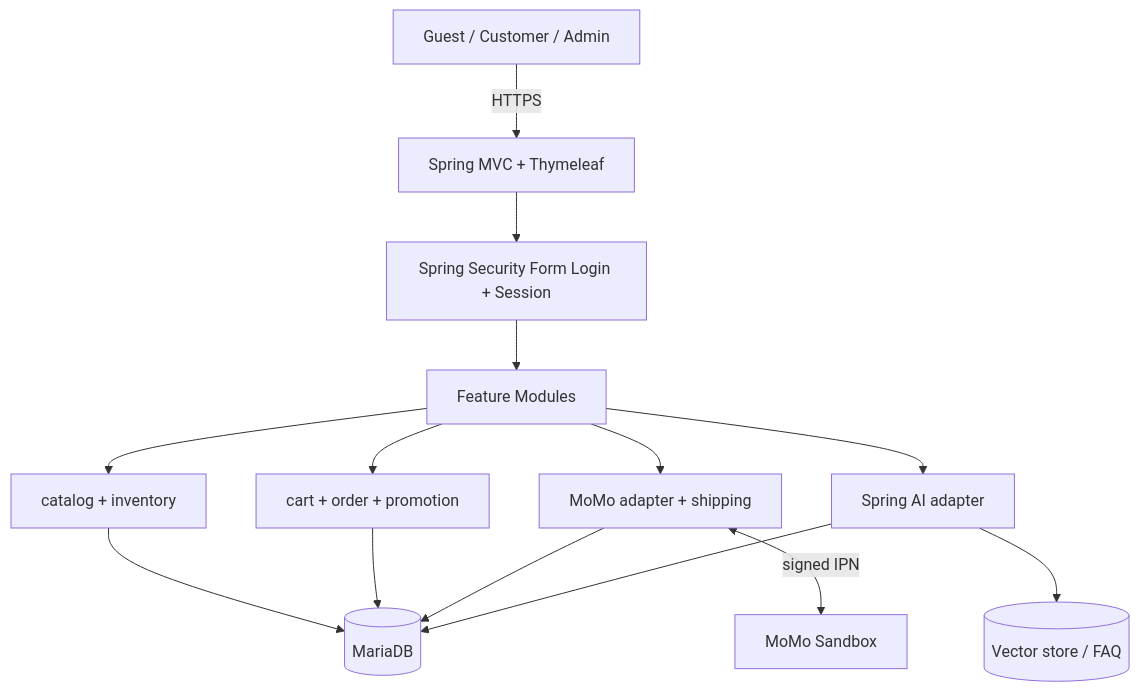
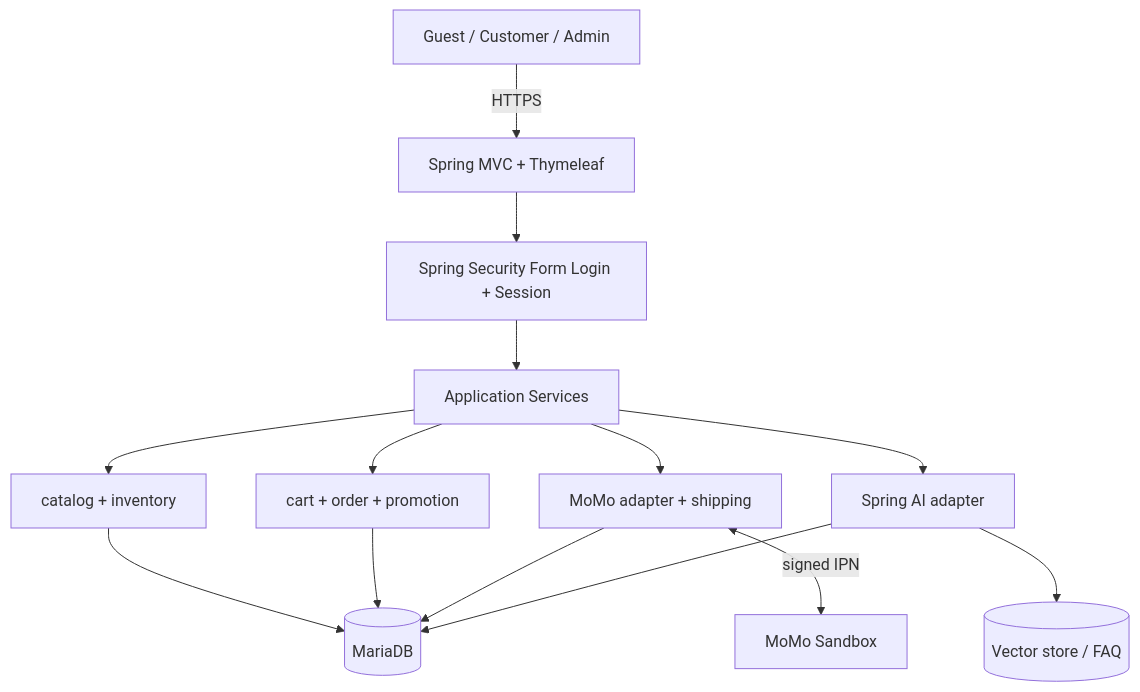
Before and after one commit to tuanank5/cosmetics_shop: the diagram in docs/design/01-architecture.md, drawn with Mermaid. The commit also changed other lines of this file and 92 other files, not shown here.

````diff
--- a/docs/design/01-architecture.md
+++ b/docs/design/01-architecture.md
@@ -3,16 +5,16 @@
 ```mermaid
 flowchart TD
     U[Guest / Customer / Admin] -->|HTTPS| W[Spring MVC + Thymeleaf]
     W --> SEC[Spring Security Form Login + Session]
-    SEC --> APP[Feature Modules]
+    SEC --> APP[Application Services]
     APP --> CAT[catalog + inventory]
     APP --> ORD[cart + order + promotion]
     APP --> PM[MoMo adapter + shipping]
     APP --> AI[Spring AI adapter]
     CAT --> DB[(MariaDB)]
     ORD --> DB
     PM --> DB
     AI --> DB
     AI --> VS[(Vector store / FAQ)]
     PM <-->|signed IPN| MOMO[MoMo Sandbox]
 ```
````
